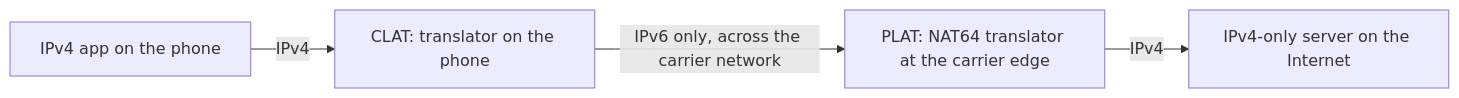
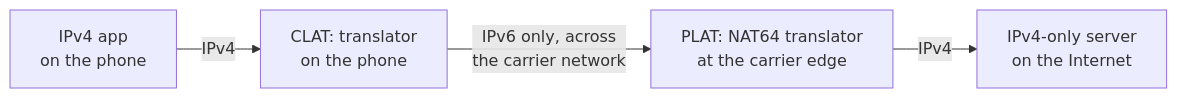
Before and after one commit to FahimMashroor/Chalmers_CSC: diagram 33 of 37 in EDA387-Computer-Networks/03-IPv6.md, drawn with Mermaid. The commit also changed other lines of this file, not shown here.

Commit message:
Rewrite 03 IPv6 in simple language with examples and diagrams

````diff
--- a/EDA387-Computer-Networks/03-IPv6.md
+++ b/EDA387-Computer-Networks/03-IPv6.md
@@ -878,6 +1265,6 @@
 ```mermaid
 flowchart LR
-  app["IPv4 app on the phone"] -->|"IPv4"| clat["CLAT: translator on the phone"]
-  clat -->|"IPv6 only, across the carrier network"| plat["PLAT: NAT64 translator at the carrier edge"]
-  plat -->|"IPv4"| srv["IPv4-only server on the Internet"]
+  app["IPv4 app<br/>on the phone"] -->|"IPv4"| clat["CLAT: translator<br/>on the phone"]
+  clat -->|"IPv6 only, across<br/>the carrier network"| plat["PLAT: NAT64 translator<br/>at the carrier edge"]
+  plat -->|"IPv4"| srv["IPv4-only server<br/>on the Internet"]
 ```
````
